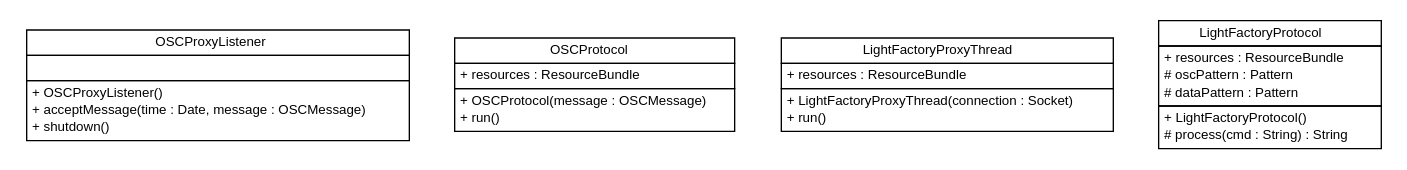
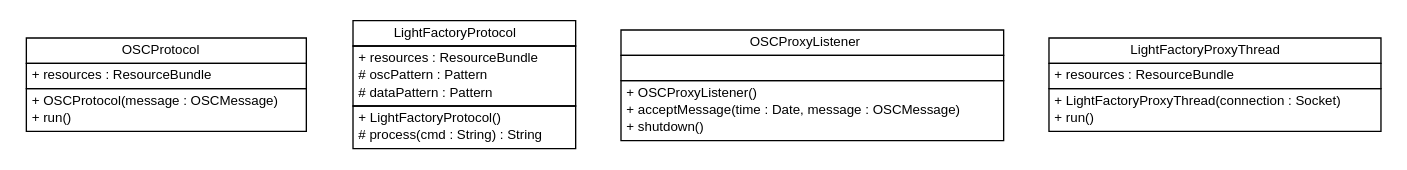
Before and after one commit to pcross616/lf-osc-proxy: the diagram in apidocs/com/xley/lfosc/impl/com.xley.lfosc.impl.dot, drawn with Graphviz. The commit also changed 67 other files, not shown here.

```diff
--- a/apidocs/com/xley/lfosc/impl/com.xley.lfosc.impl.dot
+++ b/apidocs/com/xley/lfosc/impl/com.xley.lfosc.impl.dot
@@ -1,67 +1,67 @@
 #!/usr/local/bin/dot
 #
 # Class diagram 
 # Generated by UMLGraph version R5_6 (http://www.umlgraph.org/)
 #
 
 digraph G {
 	edge [fontname="Helvetica",fontsize=10,labelfontname="Helvetica",labelfontsize=10];
 	node [fontname="Helvetica",fontsize=10,shape=plaintext];
 	nodesep=0.25;
 	ranksep=0.5;
-	// com.xley.lfosc.impl.OSCProxyListener
-	c8 [label=<<table title="com.xley.lfosc.impl.OSCProxyListener" border="0" cellborder="1" cellspacing="0" cellpadding="2" port="p" href="./OSCProxyListener.html">
-		<tr><td><table border="0" cellspacing="0" cellpadding="1">
-<tr><td align="center" balign="center"> OSCProxyListener </td></tr>
-		</table></td></tr>
-		<tr><td><table border="0" cellspacing="0" cellpadding="1">
-<tr><td align="left" balign="left">  </td></tr>
-		</table></td></tr>
-		<tr><td><table border="0" cellspacing="0" cellpadding="1">
-<tr><td align="left" balign="left"> + OSCProxyListener() </td></tr>
-<tr><td align="left" balign="left"> + acceptMessage(time : Date, message : OSCMessage) </td></tr>
-<tr><td align="left" balign="left"> + shutdown() </td></tr>
-		</table></td></tr>
-		</table>>, URL="./OSCProxyListener.html", fontname="Helvetica", fontcolor="black", fontsize=10.0];
 	// com.xley.lfosc.impl.OSCProtocol
-	c9 [label=<<table title="com.xley.lfosc.impl.OSCProtocol" border="0" cellborder="1" cellspacing="0" cellpadding="2" port="p" href="./OSCProtocol.html">
+	c0 [label=<<table title="com.xley.lfosc.impl.OSCProtocol" border="0" cellborder="1" cellspacing="0" cellpadding="2" port="p" href="./OSCProtocol.html">
 		<tr><td><table border="0" cellspacing="0" cellpadding="1">
 <tr><td align="center" balign="center"> OSCProtocol </td></tr>
 		</table></td></tr>
 		<tr><td><table border="0" cellspacing="0" cellpadding="1">
 <tr><td align="left" balign="left"> + resources : ResourceBundle </td></tr>
 		</table></td></tr>
 		<tr><td><table border="0" cellspacing="0" cellpadding="1">
 <tr><td align="left" balign="left"> + OSCProtocol(message : OSCMessage) </td></tr>
 <tr><td align="left" balign="left"> + run() </td></tr>
 		</table></td></tr>
 		</table>>, URL="./OSCProtocol.html", fontname="Helvetica", fontcolor="black", fontsize=10.0];
-	// com.xley.lfosc.impl.LightFactoryProxyThread
-	c10 [label=<<table title="com.xley.lfosc.impl.LightFactoryProxyThread" border="0" cellborder="1" cellspacing="0" cellpadding="2" port="p" href="./LightFactoryProxyThread.html">
-		<tr><td><table border="0" cellspacing="0" cellpadding="1">
-<tr><td align="center" balign="center"> LightFactoryProxyThread </td></tr>
-		</table></td></tr>
-		<tr><td><table border="0" cellspacing="0" cellpadding="1">
-<tr><td align="left" balign="left"> + resources : ResourceBundle </td></tr>
-		</table></td></tr>
-		<tr><td><table border="0" cellspacing="0" cellpadding="1">
-<tr><td align="left" balign="left"> + LightFactoryProxyThread(connection : Socket) </td></tr>
-<tr><td align="left" balign="left"> + run() </td></tr>
-		</table></td></tr>
-		</table>>, URL="./LightFactoryProxyThread.html", fontname="Helvetica", fontcolor="black", fontsize=10.0];
 	// com.xley.lfosc.impl.LightFactoryProtocol
-	c11 [label=<<table title="com.xley.lfosc.impl.LightFactoryProtocol" border="0" cellborder="1" cellspacing="0" cellpadding="2" port="p" href="./LightFactoryProtocol.html">
+	c1 [label=<<table title="com.xley.lfosc.impl.LightFactoryProtocol" border="0" cellborder="1" cellspacing="0" cellpadding="2" port="p" href="./LightFactoryProtocol.html">
 		<tr><td><table border="0" cellspacing="0" cellpadding="1">
 <tr><td align="center" balign="center"> LightFactoryProtocol </td></tr>
 		</table></td></tr>
 		<tr><td><table border="0" cellspacing="0" cellpadding="1">
 <tr><td align="left" balign="left"> + resources : ResourceBundle </td></tr>
 <tr><td align="left" balign="left"> # oscPattern : Pattern </td></tr>
 <tr><td align="left" balign="left"> # dataPattern : Pattern </td></tr>
 		</table></td></tr>
 		<tr><td><table border="0" cellspacing="0" cellpadding="1">
 <tr><td align="left" balign="left"> + LightFactoryProtocol() </td></tr>
 <tr><td align="left" balign="left"> # process(cmd : String) : String </td></tr>
 		</table></td></tr>
 		</table>>, URL="./LightFactoryProtocol.html", fontname="Helvetica", fontcolor="black", fontsize=10.0];
+	// com.xley.lfosc.impl.OSCProxyListener
+	c2 [label=<<table title="com.xley.lfosc.impl.OSCProxyListener" border="0" cellborder="1" cellspacing="0" cellpadding="2" port="p" href="./OSCProxyListener.html">
+		<tr><td><table border="0" cellspacing="0" cellpadding="1">
+<tr><td align="center" balign="center"> OSCProxyListener </td></tr>
+		</table></td></tr>
+		<tr><td><table border="0" cellspacing="0" cellpadding="1">
+<tr><td align="left" balign="left">  </td></tr>
+		</table></td></tr>
+		<tr><td><table border="0" cellspacing="0" cellpadding="1">
+<tr><td align="left" balign="left"> + OSCProxyListener() </td></tr>
+<tr><td align="left" balign="left"> + acceptMessage(time : Date, message : OSCMessage) </td></tr>
+<tr><td align="left" balign="left"> + shutdown() </td></tr>
+		</table></td></tr>
+		</table>>, URL="./OSCProxyListener.html", fontname="Helvetica", fontcolor="black", fontsize=10.0];
+	// com.xley.lfosc.impl.LightFactoryProxyThread
+	c3 [label=<<table title="com.xley.lfosc.impl.LightFactoryProxyThread" border="0" cellborder="1" cellspacing="0" cellpadding="2" port="p" href="./LightFactoryProxyThread.html">
+		<tr><td><table border="0" cellspacing="0" cellpadding="1">
+<tr><td align="center" balign="center"> LightFactoryProxyThread </td></tr>
+		</table></td></tr>
+		<tr><td><table border="0" cellspacing="0" cellpadding="1">
+<tr><td align="left" balign="left"> + resources : ResourceBundle </td></tr>
+		</table></td></tr>
+		<tr><td><table border="0" cellspacing="0" cellpadding="1">
+<tr><td align="left" balign="left"> + LightFactoryProxyThread(connection : Socket) </td></tr>
+<tr><td align="left" balign="left"> + run() </td></tr>
+		</table></td></tr>
+		</table>>, URL="./LightFactoryProxyThread.html", fontname="Helvetica", fontcolor="black", fontsize=10.0];
 }
```
